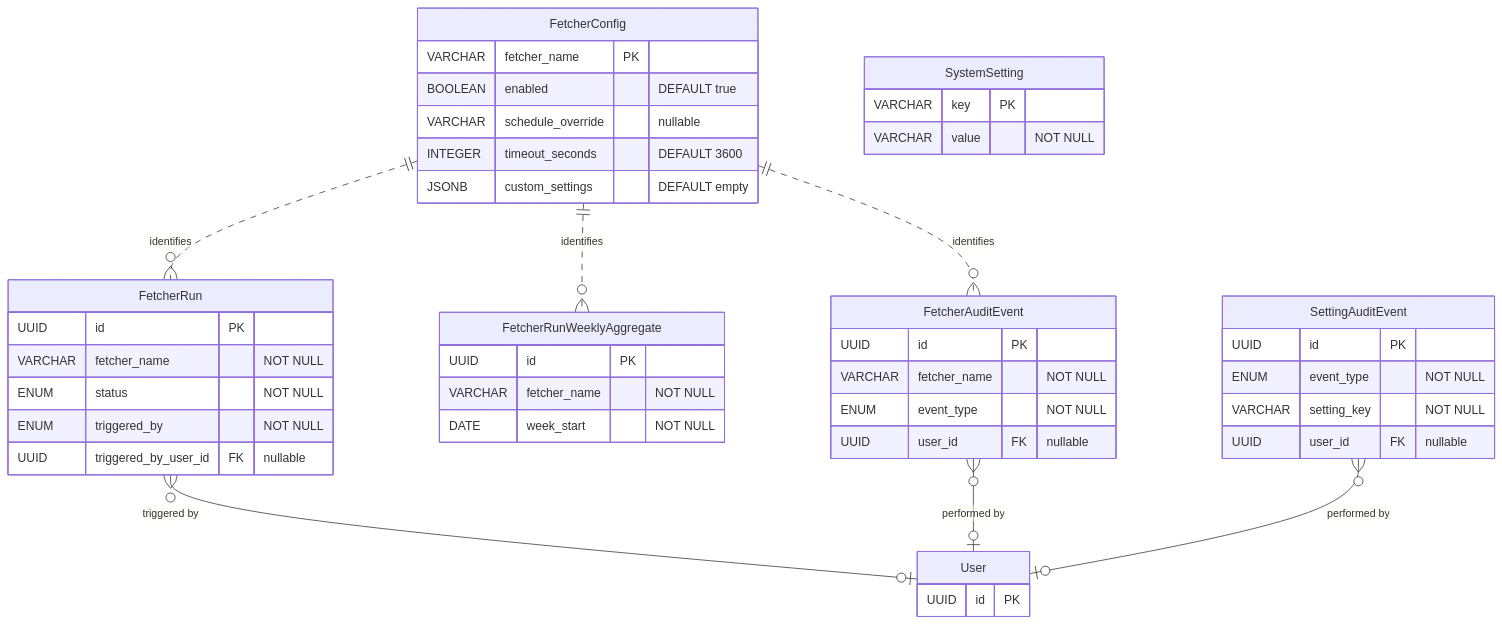
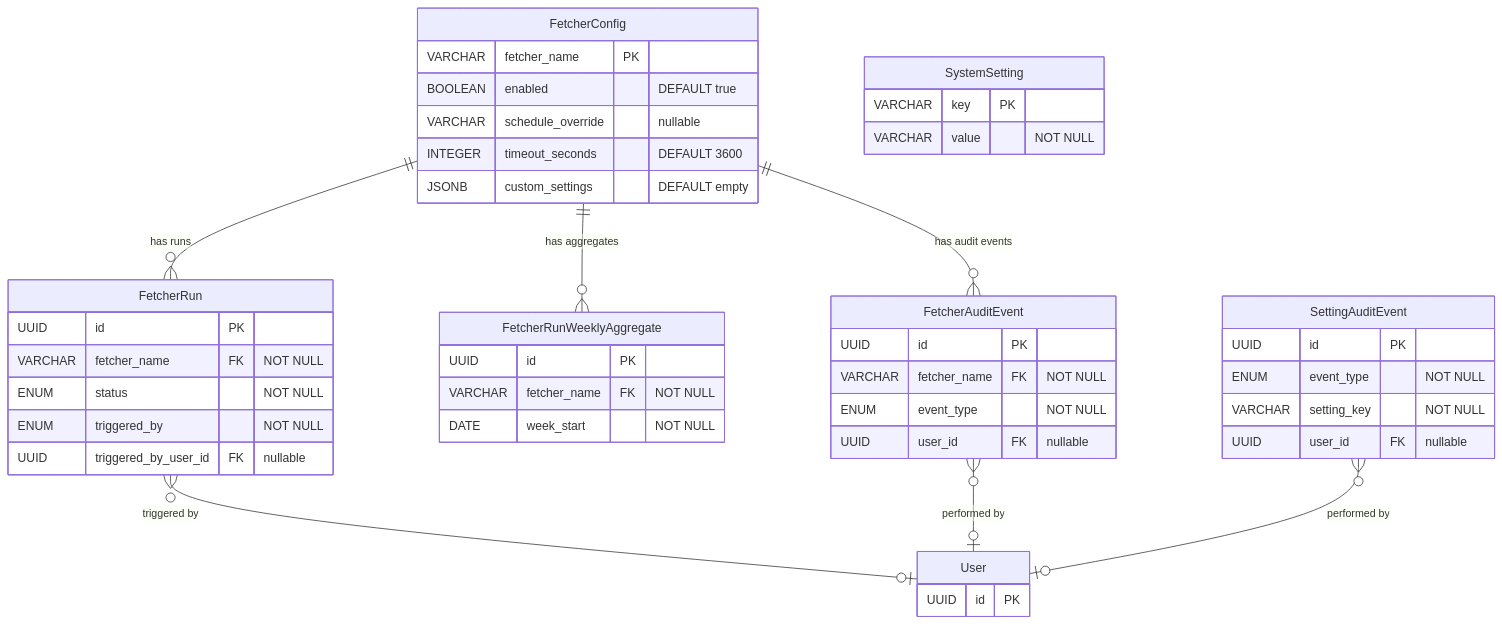
Before and after one commit to StayPirate/STAMP: the fifth of 6 diagrams in docs/data-model.md, drawn with Mermaid. The commit also changed other lines of this file and 1 other file, not shown here.

Commit message:
docs: add FK constraints to Fetcher domain tables and document deregistered lifecycle
FetcherRun, FetcherAuditEvent, and FetcherRunWeeklyAggregate referenced
FetcherConfig.fetcher_name by convention only — the only domain in the
data model without explicit FK constraints. Add FK(fetcher_config.fetcher_name)
ON DELETE RESTRICT to all three tables in both data-model.md and
fetcher-infrastructure.md, update ER diagrams accordingly, and add a new
Deregistered Fetcher Lifecycle section covering what happens when a fetcher
is removed from the codebase.

````diff
--- a/docs/data-model.md
+++ b/docs/data-model.md
@@ -250,48 +250,48 @@
 ```mermaid
 erDiagram
     FetcherConfig {
         VARCHAR fetcher_name PK
         BOOLEAN enabled "DEFAULT true"
         VARCHAR schedule_override "nullable"
         INTEGER timeout_seconds "DEFAULT 3600"
         JSONB custom_settings "DEFAULT empty"
     }
     FetcherRun {
         UUID id PK
-        VARCHAR fetcher_name "NOT NULL"
+        VARCHAR fetcher_name FK "NOT NULL"
         ENUM status "NOT NULL"
         ENUM triggered_by "NOT NULL"
         UUID triggered_by_user_id FK "nullable"
     }
     FetcherRunWeeklyAggregate {
         UUID id PK
-        VARCHAR fetcher_name "NOT NULL"
+        VARCHAR fetcher_name FK "NOT NULL"
         DATE week_start "NOT NULL"
     }
     FetcherAuditEvent {
         UUID id PK
-        VARCHAR fetcher_name "NOT NULL"
+        VARCHAR fetcher_name FK "NOT NULL"
         ENUM event_type "NOT NULL"
         UUID user_id FK "nullable"
     }
     SystemSetting {
         VARCHAR key PK
         VARCHAR value "NOT NULL"
     }
     SettingAuditEvent {
         UUID id PK
         ENUM event_type "NOT NULL"
         VARCHAR setting_key "NOT NULL"
         UUID user_id FK "nullable"
     }
     User {
         UUID id PK
     }
 
-    FetcherConfig ||..o{ FetcherRun : "identifies"
-    FetcherConfig ||..o{ FetcherAuditEvent : "identifies"
-    FetcherConfig ||..o{ FetcherRunWeeklyAggregate : "identifies"
+    FetcherConfig ||--o{ FetcherRun : "has runs"
+    FetcherConfig ||--o{ FetcherAuditEvent : "has audit events"
+    FetcherConfig ||--o{ FetcherRunWeeklyAggregate : "has aggregates"
     FetcherRun }o--o| User : "triggered by"
     FetcherAuditEvent }o--o| User : "performed by"
     SettingAuditEvent }o--o| User : "performed by"
 ```
````
